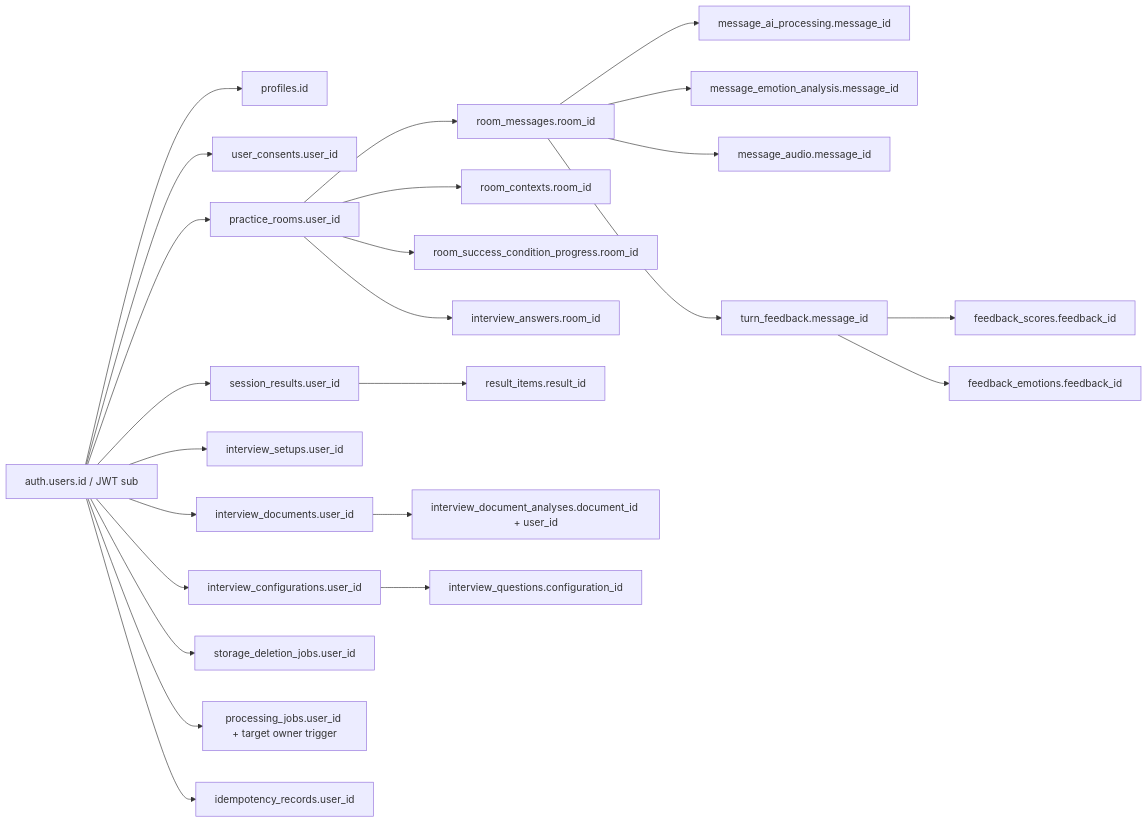
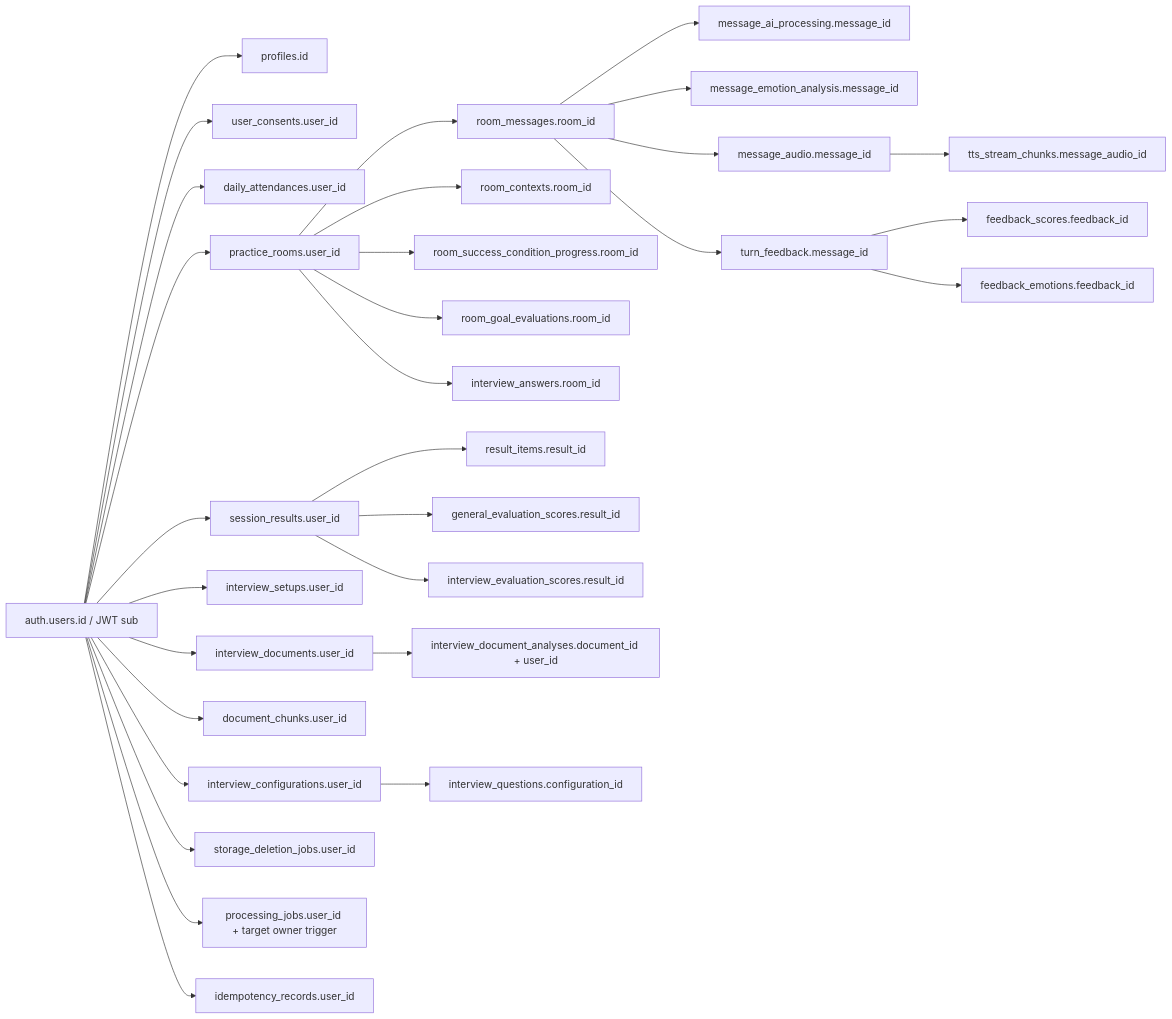
Before and after one commit to K-manner-speech/k-manner-speech-advanced-api: the fifth of 5 diagrams in docs/ERD.md, drawn with Mermaid. The commit also changed other lines of this file and 4 other files, not shown here.

````diff
--- a/docs/ERD.md
+++ b/docs/ERD.md
@@ -764,31 +800,37 @@
 ```mermaid
 flowchart LR
     U["auth.users.id / JWT sub"]
 
     U --> P["profiles.id"]
     U --> C["user_consents.user_id"]
+    U --> DA["daily_attendances.user_id"]
     U --> R["practice_rooms.user_id"]
     R --> M["room_messages.room_id"]
     M --> AP["message_ai_processing.message_id"]
     M --> EA["message_emotion_analysis.message_id"]
     M --> AU["message_audio.message_id"]
+    AU --> TSC["tts_stream_chunks.message_audio_id"]
     M --> F["turn_feedback.message_id"]
     F --> FS["feedback_scores.feedback_id"]
     F --> FE["feedback_emotions.feedback_id"]
     R --> RC["room_contexts.room_id"]
     R --> SCP["room_success_condition_progress.room_id"]
+    R --> RGE["room_goal_evaluations.room_id"]
 
     U --> SR["session_results.user_id"]
     SR --> RI["result_items.result_id"]
+    SR --> GES["general_evaluation_scores.result_id"]
+    SR --> IES["interview_evaluation_scores.result_id"]
 
     U --> IS["interview_setups.user_id"]
     U --> ID["interview_documents.user_id"]
+    U --> DC["document_chunks.user_id"]
     ID --> IA["interview_document_analyses.document_id + user_id"]
     U --> IC["interview_configurations.user_id"]
     IC --> IQ["interview_questions.configuration_id"]
     R --> IAN["interview_answers.room_id"]
 
     U --> SDJ["storage_deletion_jobs.user_id"]
     U --> PJ["processing_jobs.user_id + target owner trigger"]
     U --> IR["idempotency_records.user_id"]
 ```
````
